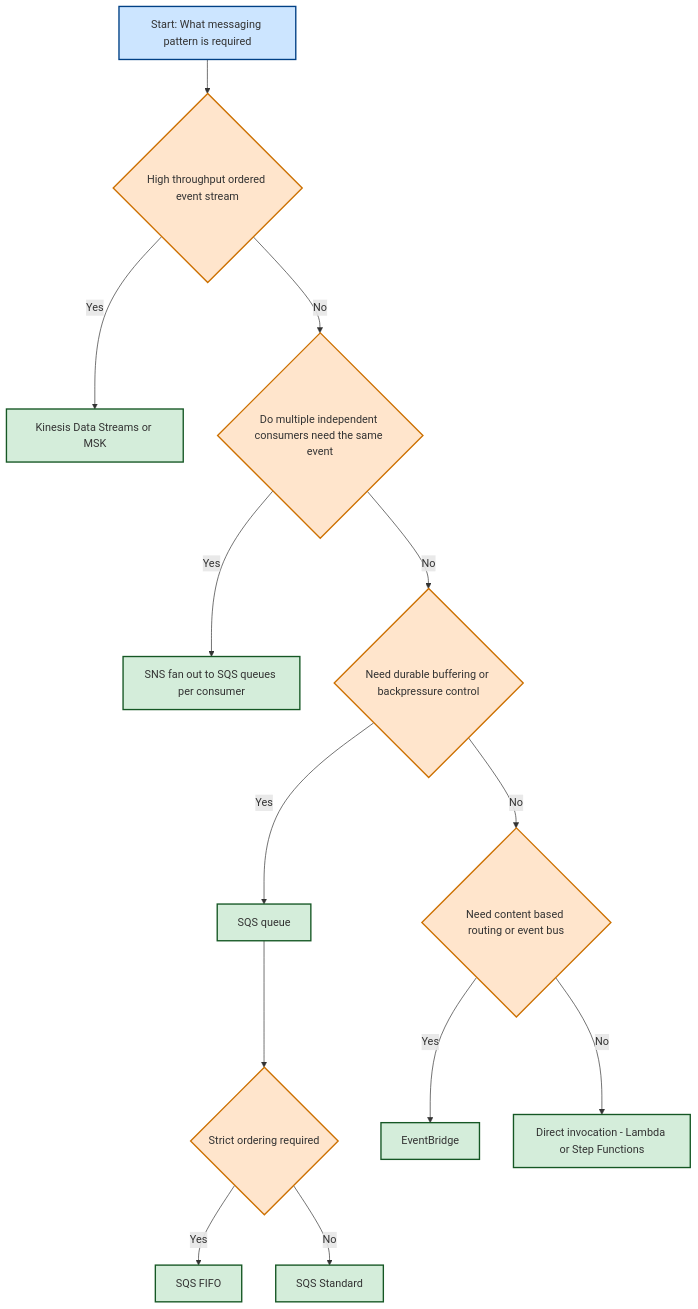
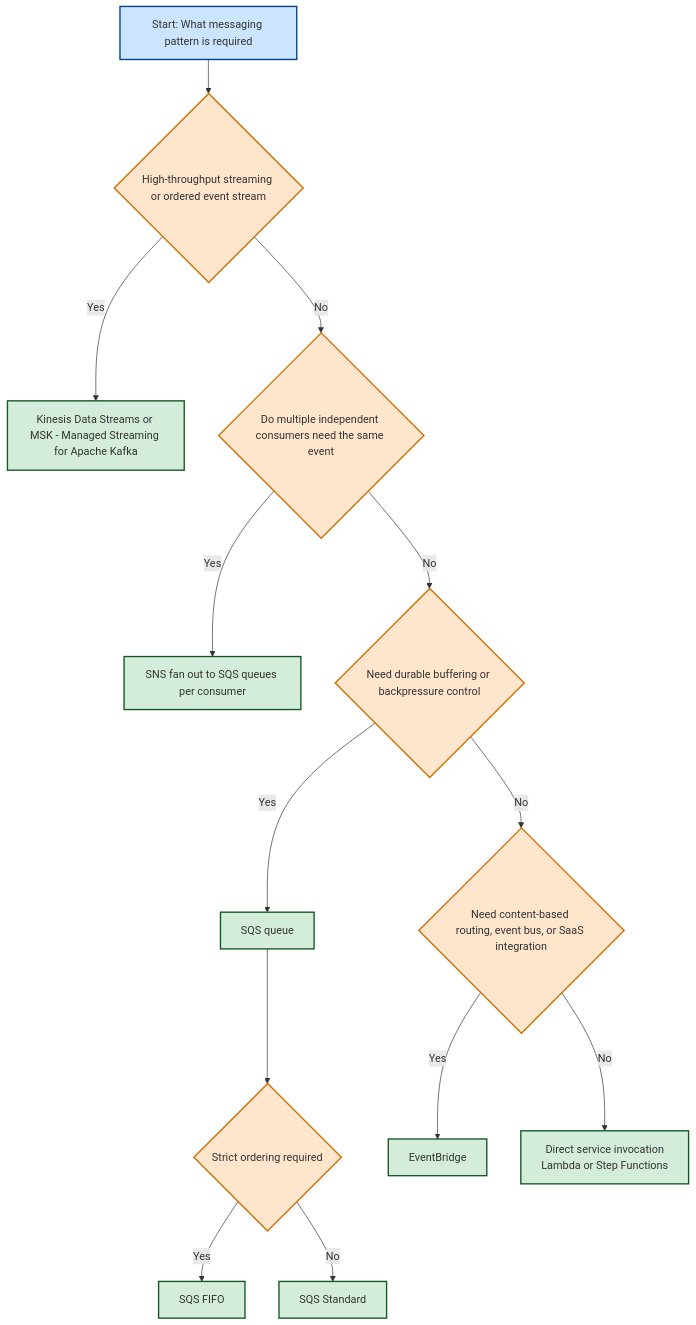
Before and after one commit to sukdebc/aws-sa-pro-notes: the sixth of 6 diagrams in notes/16-decision-trees.md, drawn with Mermaid. The commit also changed other lines of this file, not shown here.

Commit message:
corrected tree

````diff
--- a/notes/16-decision-trees.md
+++ b/notes/16-decision-trees.md
@@ -284,30 +285,30 @@
 ```mermaid
 flowchart TD
 
-  A[Start: What messaging pattern is required] --> B{High throughput ordered event stream}
-  B -->|Yes| C[Kinesis Data Streams or MSK]
+  A[Start: What messaging pattern is required] --> B{High-throughput streaming or ordered event stream}
+  B -->|Yes| C[Kinesis Data Streams or MSK - Managed Streaming for Apache Kafka]
 
   B -->|No| D{Do multiple independent consumers need the same event}
   D -->|Yes| E[SNS fan out to SQS queues per consumer]
 
   D -->|No| F{Need durable buffering or backpressure control}
   F -->|Yes| G[SQS queue]
 
   G --> H{Strict ordering required}
   H -->|Yes| I[SQS FIFO]
   H -->|No| J[SQS Standard]
 
-  F -->|No| K{Need content based routing or event bus}
+  F -->|No| K{Need content-based routing, event bus, or SaaS integration}
   K -->|Yes| L[EventBridge]
 
-  K -->|No| M[Direct invocation - Lambda or Step Functions]
+  K -->|No| M[Direct service invocation<br/>Lambda or Step Functions]
 
   %% Styles
   style A fill:#cce5ff,stroke:#004085,stroke-width:2px
   classDef decision fill:#ffe5cc,stroke:#cc7000,stroke-width:2px
   classDef service fill:#d4edda,stroke:#155724,stroke-width:2px
 
   class B,D,F,H,K decision
   class C,E,G,I,J,L,M service
 
 ```
````
